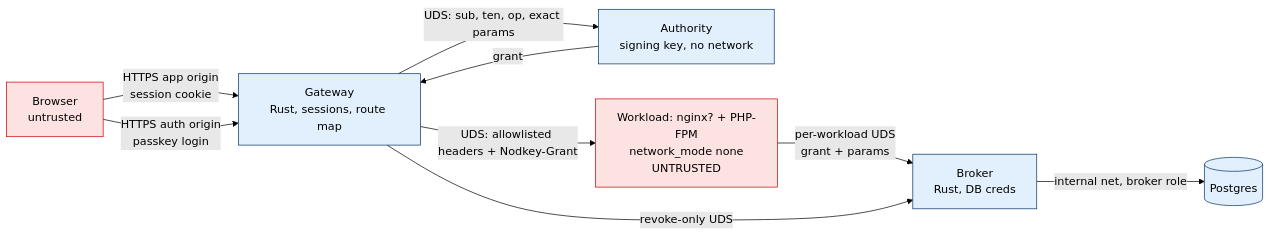
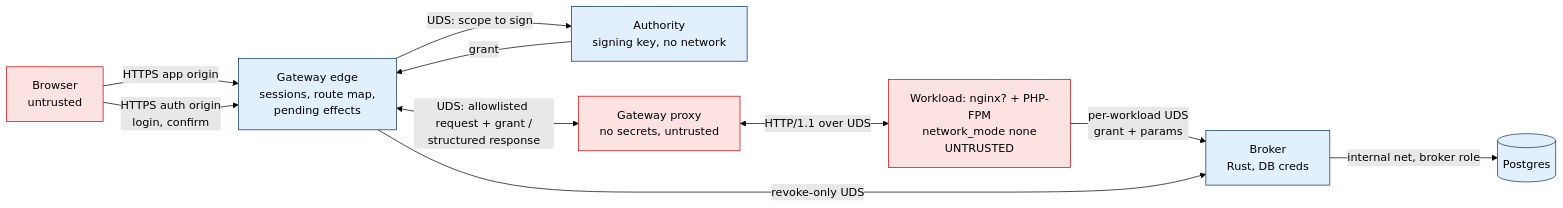
One commit to n0dal/nodkey changed the diagram in docs/ARCHITECTURE.md. Above: the diagram before and after it, drawn with Mermaid (forest theme). The commit also changed other lines of this file and 11 other files, not shown here.

````diff
--- a/docs/ARCHITECTURE.md
+++ b/docs/ARCHITECTURE.md
@@ -30,15 +31,16 @@
 ```mermaid
 flowchart LR
-  U[Browser<br/>untrusted] -->|HTTPS app origin<br/>session cookie| GW[Gateway<br/>Rust, sessions, route map]
-  U -->|HTTPS auth origin<br/>passkey login| GW
-  GW -->|UDS: sub, ten, op, exact params| AU[Authority<br/>signing key, no network]
-  AU -->|grant| GW
-  GW -->|UDS: allowlisted headers + Nodkey-Grant| APP[Workload: nginx? + PHP-FPM<br/>network_mode none<br/>UNTRUSTED]
+  U[Browser<br/>untrusted] -->|HTTPS app origin| ED[Gateway edge<br/>sessions, route map,<br/>pending effects]
+  U -->|HTTPS auth origin<br/>login, confirm| ED
+  ED -->|UDS: scope to sign| AU[Authority<br/>signing key, no network]
+  AU -->|grant| ED
+  ED <-->|UDS: allowlisted request + grant /<br/>structured response| PX[Gateway proxy<br/>no secrets, untrusted]
+  PX <-->|HTTP/1.1 over UDS| APP[Workload: nginx? + PHP-FPM<br/>network_mode none<br/>UNTRUSTED]
   APP -->|per-workload UDS<br/>grant + params| BR[Broker<br/>Rust, DB creds]
-  GW -->|revoke-only UDS| BR
+  ED -->|revoke-only UDS| BR
   BR -->|internal net, broker role| DB[(Postgres)]
   classDef untrusted fill:#fde2e2,stroke:#c00;
   classDef trusted fill:#e2f0fd,stroke:#036;
-  class U,APP untrusted;
-  class GW,AU,BR,DB trusted;
+  class U,APP,PX untrusted;
+  class ED,AU,BR,DB trusted;
 ```
````
